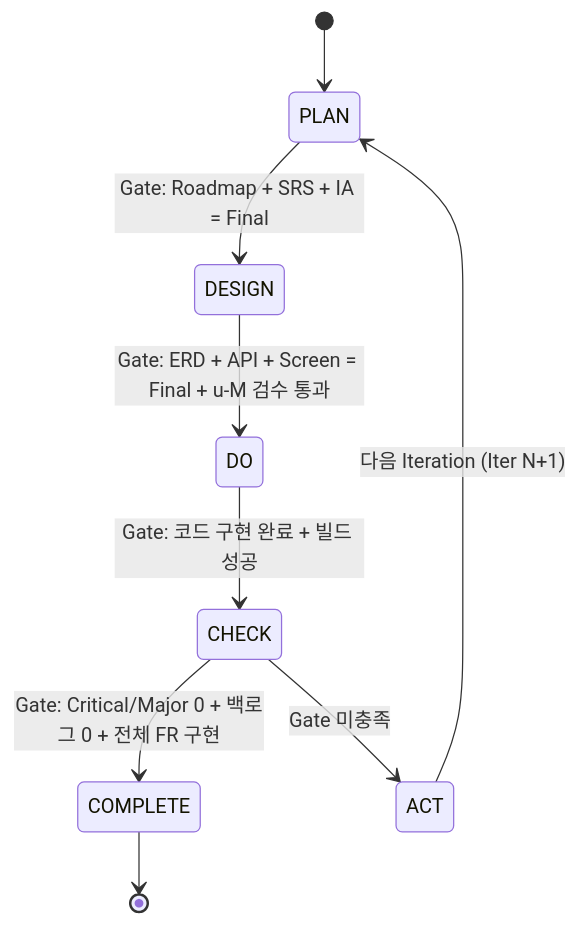
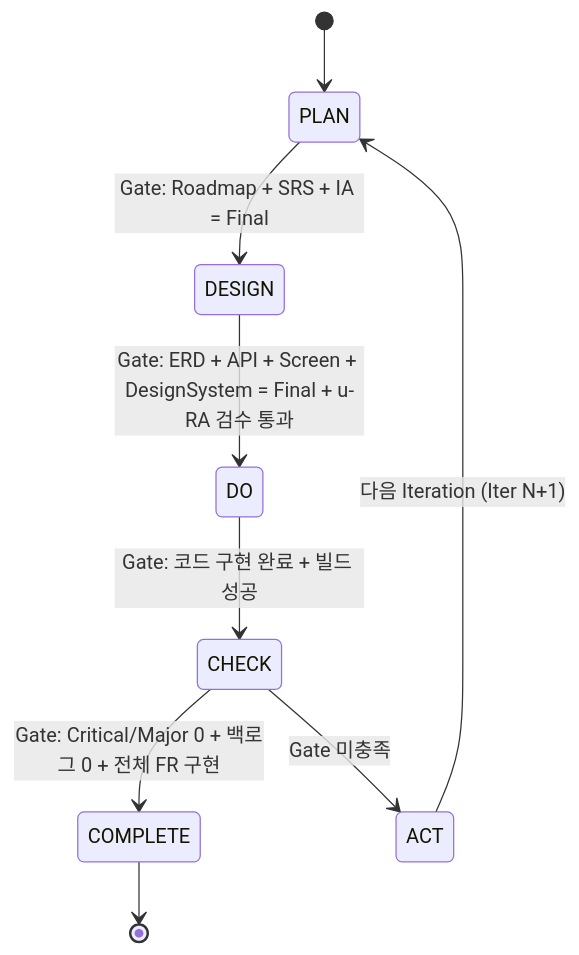
One commit to upleat-ax/u-maker-plugin changed the first of 2 diagrams in skills/u-ssot/SKILL.md. Above: the diagram before and after it, drawn with Mermaid. The commit also changed other lines of this file and 61 other files, not shown here.

````diff
--- a/skills/u-ssot/SKILL.md
+++ b/skills/u-ssot/SKILL.md
@@ -293,11 +299,11 @@
 ```mermaid
 stateDiagram-v2
     [*] --> PLAN
     PLAN --> DESIGN : Gate: Roadmap + SRS + IA = Final
-    DESIGN --> DO : Gate: ERD + API + Screen = Final + u-M 검수 통과
+    DESIGN --> DO : Gate: ERD + API + Screen + DesignSystem = Final + u-RA 검수 통과
     DO --> CHECK : Gate: 코드 구현 완료 + 빌드 성공
     CHECK --> COMPLETE : Gate: Critical/Major 0 + 백로그 0 + 전체 FR 구현
     CHECK --> ACT : Gate 미충족
     ACT --> PLAN : 다음 Iteration (Iter N+1)
     COMPLETE --> [*]
 ```
````
